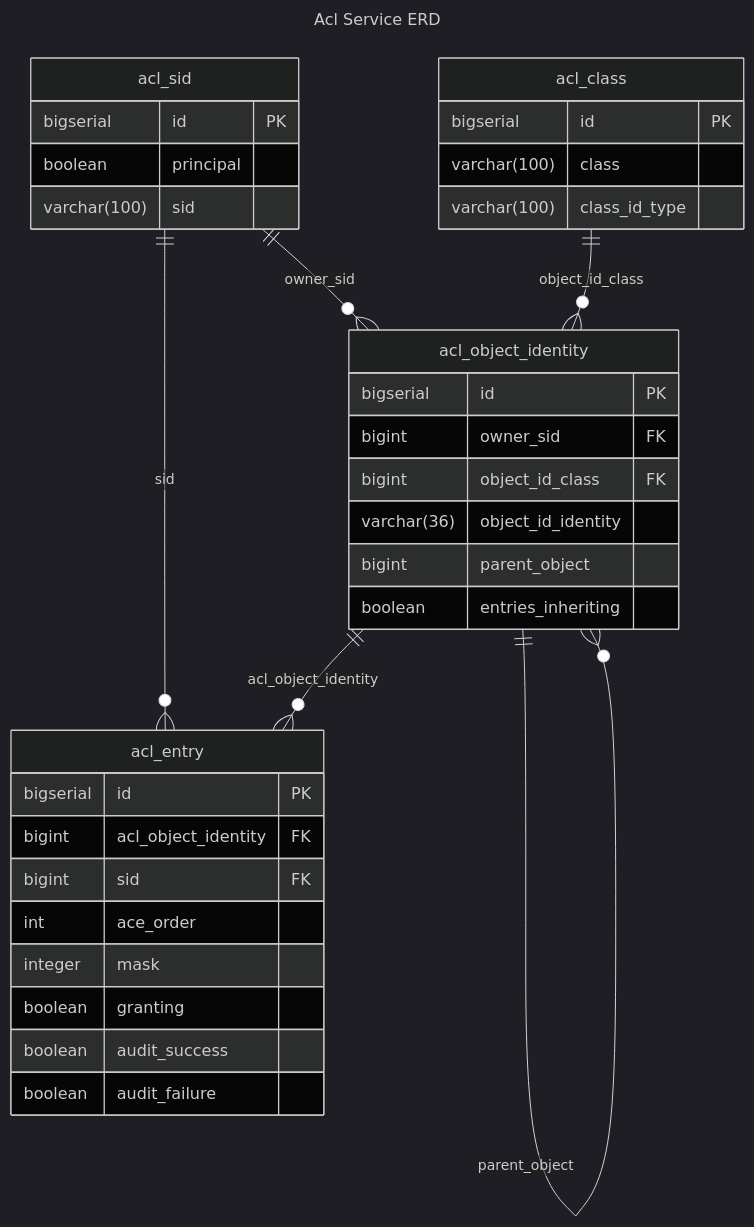
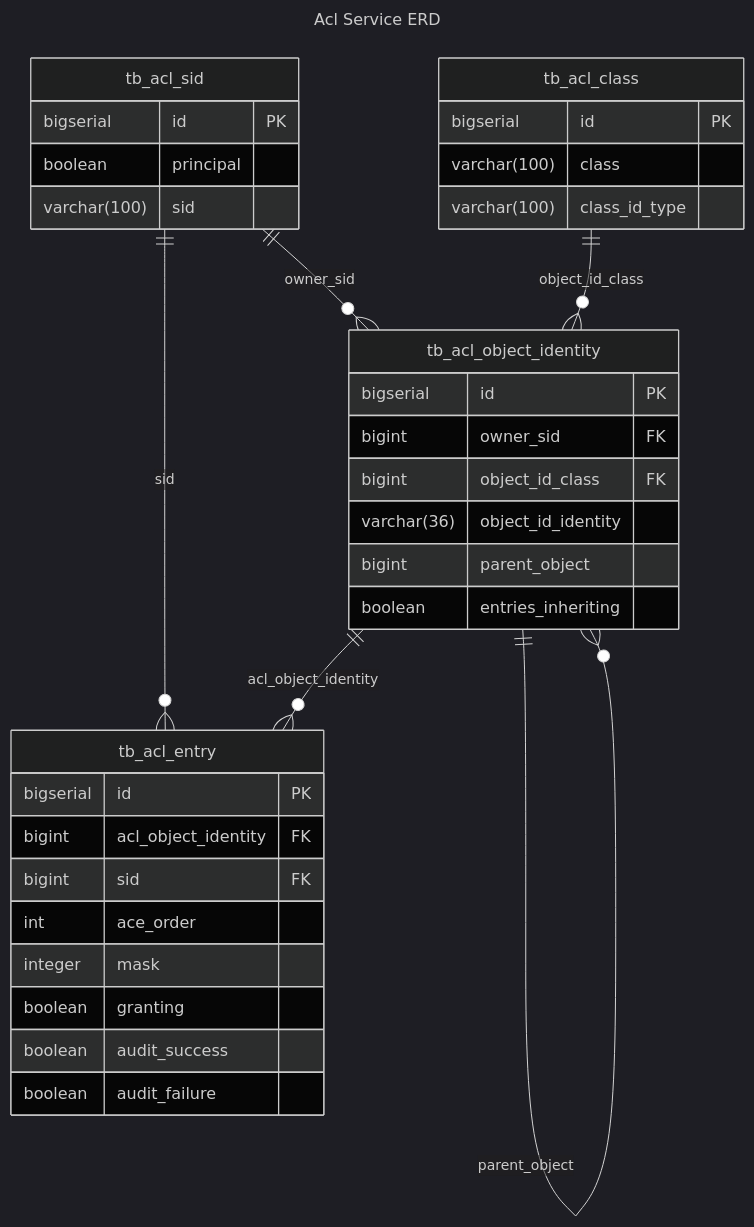
The diagram in acl/README.md (KalGookSoo/springboot-msa), drawn with Mermaid (dark theme) before and after one commit.

Commit message:
docs: README.md 수정 테이블명 수정

````diff
--- a/acl/README.md
+++ b/acl/README.md
@@ -38,43 +38,43 @@
 ```mermaid
 ---
 title: Acl Service ERD
 ---
 erDiagram
-    acl_sid ||--o{ acl_object_identity : owner_sid
-    acl_sid ||--o{ acl_entry : sid
-    acl_class ||--o{ acl_object_identity : object_id_class
-    acl_object_identity ||--o{ acl_entry : acl_object_identity
-    acl_object_identity ||--o{ acl_object_identity : parent_object
+    tb_acl_sid ||--o{ tb_acl_object_identity : owner_sid
+    tb_acl_sid ||--o{ tb_acl_entry : sid
+    tb_acl_class ||--o{ tb_acl_object_identity : object_id_class
+    tb_acl_object_identity ||--o{ tb_acl_entry : acl_object_identity
+    tb_acl_object_identity ||--o{ tb_acl_object_identity : parent_object
 
-    acl_sid {
+    tb_acl_sid {
         bigserial id PK
         boolean principal
         varchar(100) sid
     }
 
-    acl_class {
+    tb_acl_class {
         bigserial id PK
         varchar(100) class
         varchar(100) class_id_type
     }
 
-    acl_object_identity {
+    tb_acl_object_identity {
         bigserial id PK
         bigint owner_sid FK
         bigint object_id_class FK
         varchar(36) object_id_identity
         bigint parent_object
         boolean entries_inheriting
     }
 
-    acl_entry {
+    tb_acl_entry {
         bigserial id PK
         bigint acl_object_identity FK
         bigint sid FK
         int ace_order
         integer mask
         boolean granting
         boolean audit_success
         boolean audit_failure
     }
 ```
````
